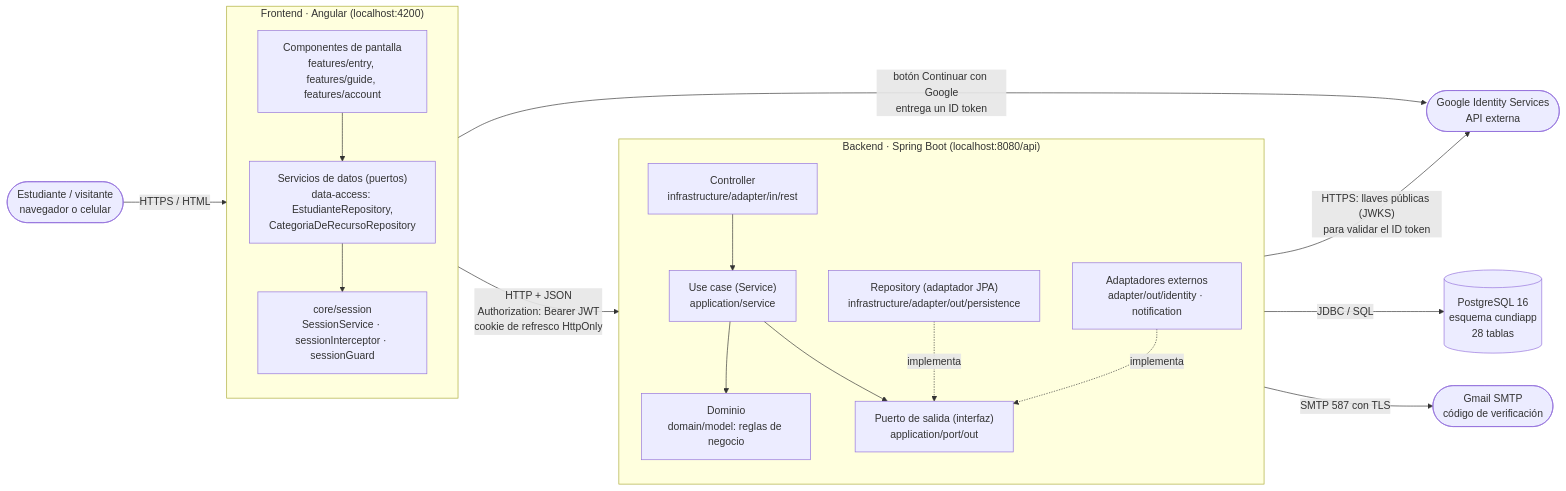
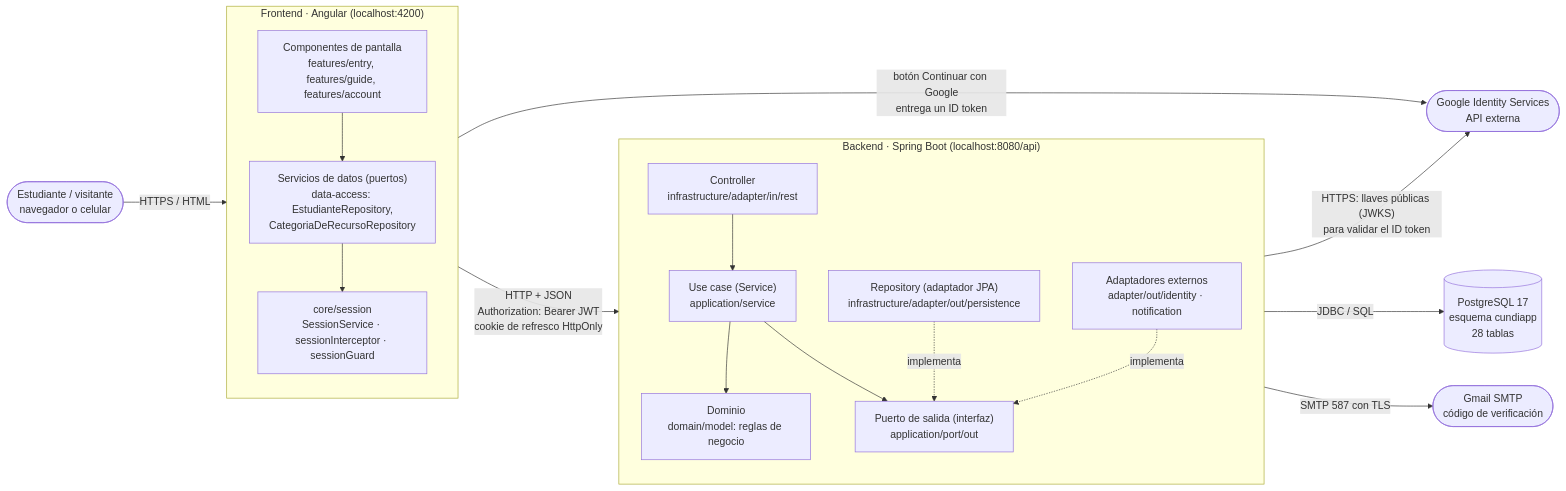
The first of 2 diagrams in docs/review-1/architecture.md (crst11/Backend), drawn with Mermaid before and after one commit. The commit also changed other lines of this file and 14 other files, not shown here.

First line of the commit message:
SCRUM-221 chore: paridad dev/prod, PostgreSQL 17 y correo local por SMTP (#104)

````diff
--- a/docs/review-1/architecture.md
+++ b/docs/review-1/architecture.md
@@ -15,38 +15,38 @@
 ```mermaid
 flowchart LR
     U(["Estudiante / visitante<br/>navegador o celular"])
 
     subgraph FE["Frontend · Angular (localhost:4200)"]
         direction TB
         C["Componentes de pantalla<br/>features/entry, features/guide, features/account"]
         R["Servicios de datos (puertos)<br/>data-access: EstudianteRepository,<br/>CategoriaDeRecursoRepository"]
         I["core/session<br/>SessionService · sessionInterceptor · sessionGuard"]
         C --> R --> I
     end
 
     subgraph BE["Backend · Spring Boot (localhost:8080/api)"]
         direction TB
         CT["Controller<br/>infrastructure/adapter/in/rest"]
         UC["Use case (Service)<br/>application/service"]
         DM["Dominio<br/>domain/model: reglas de negocio"]
         PO["Puerto de salida (interfaz)<br/>application/port/out"]
         AD["Repository (adaptador JPA)<br/>infrastructure/adapter/out/persistence"]
         CT --> UC --> DM
         UC --> PO
         AD -. implementa .-> PO
         AX["Adaptadores externos<br/>adapter/out/identity · notification"]
         AX -. implementa .-> PO
     end
 
     GIS(["Google Identity Services<br/>API externa"])
     MAIL(["Gmail SMTP<br/>código de verificación"])
 
-    DB[("PostgreSQL 16<br/>esquema cundiapp<br/>28 tablas")]
+    DB[("PostgreSQL 17<br/>esquema cundiapp<br/>28 tablas")]
 
     U -- "HTTPS / HTML" --> C
     I -- "HTTP + JSON<br/>Authorization: Bearer JWT<br/>cookie de refresco HttpOnly" --> CT
     AD -- "JDBC / SQL" --> DB
     C -- "botón Continuar con Google<br/>entrega un ID token" --> GIS
     AX -- "HTTPS: llaves públicas (JWKS)<br/>para validar el ID token" --> GIS
     AX -- "SMTP 587 con TLS" --> MAIL
 ```
````
